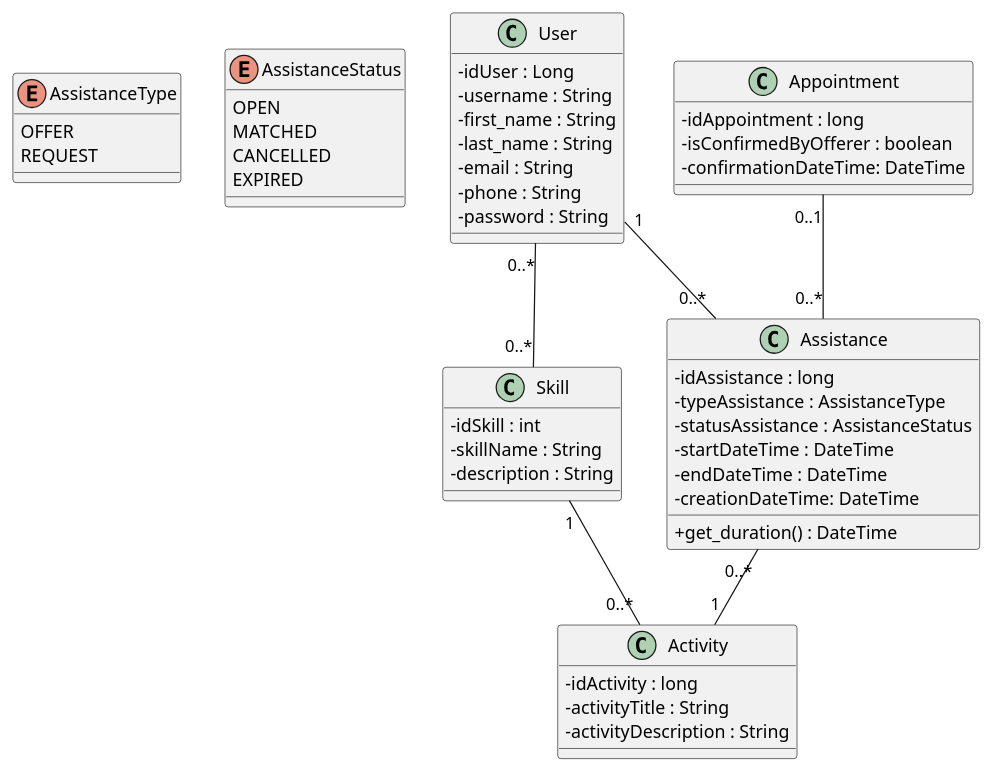
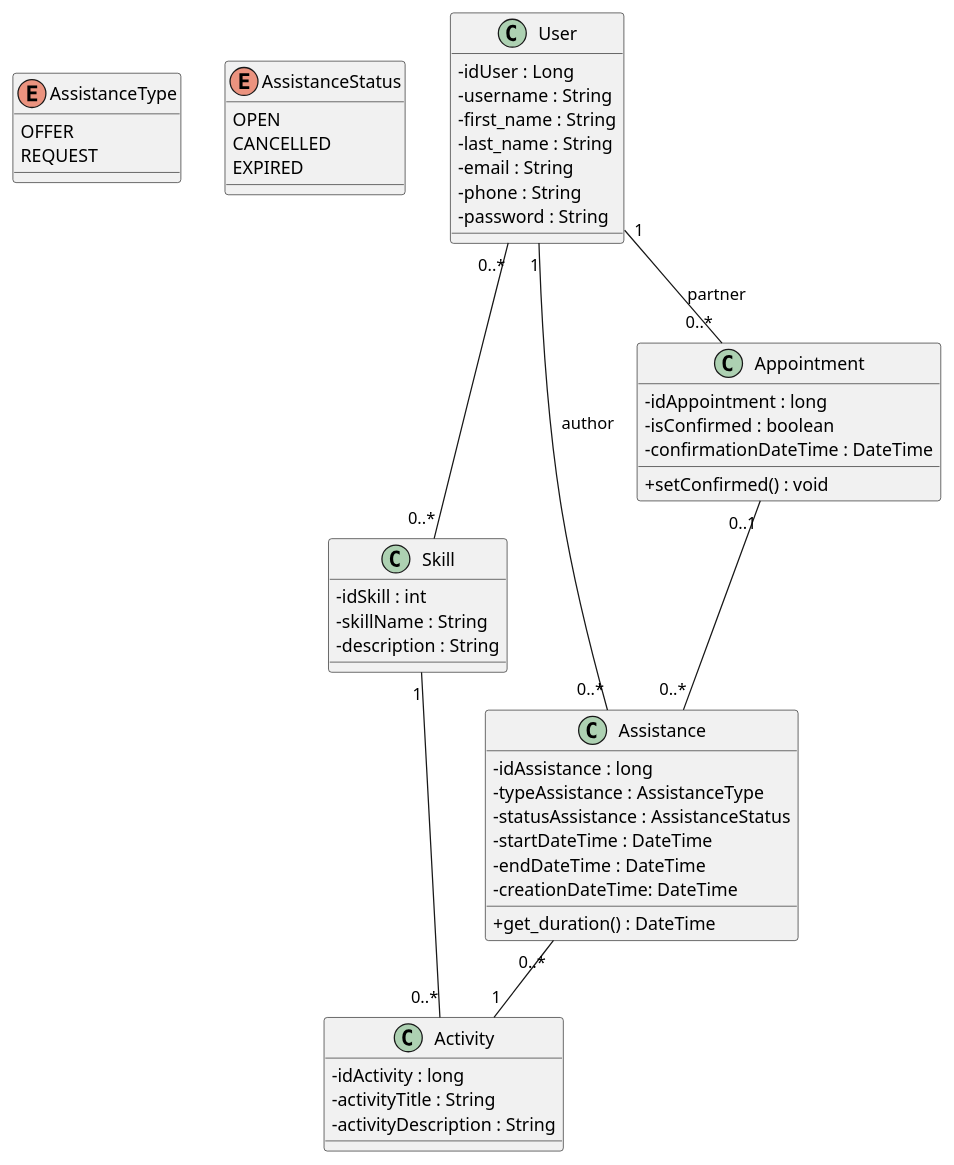
Before and after one commit to albanmartel/SkillsExchange: the diagram in Modelisation/02_CLASS_DIAGRAM/02_Class_Digram.puml, drawn with PlantUML.

Commit message:
UPDATE '02_Class_Digram.puml' 1. ajout d'une liaison entre l'utilisateur et appointment pour qu'il y ait 2 personnes dans appointments. 2. ajout d'une méthode pour confirmer le rendez-vous.

```diff
--- a/Modelisation/02_CLASS_DIAGRAM/02_Class_Digram.puml
+++ b/Modelisation/02_CLASS_DIAGRAM/02_Class_Digram.puml
@@ -1,60 +1,61 @@
 @startuml
 skinparam classAttributeIconSize 0
 
 enum AssistanceType {
   OFFER
   REQUEST
 }
 
 enum AssistanceStatus {
   OPEN
-  MATCHED
   CANCELLED
   EXPIRED
 }
 
 class User {
   - idUser : Long
   - username : String
   - first_name : String
   - last_name : String
   - email : String
   - phone : String
   - password : String
 }
 
 class Skill {
   - idSkill : int
   - skillName : String
   - description : String
 }
 
 class Activity {
   - idActivity : long
   - activityTitle : String
   - activityDescription : String
 }
 
 class Assistance {
   - idAssistance : long
   - typeAssistance : AssistanceType
   - statusAssistance : AssistanceStatus
   - startDateTime : DateTime
   - endDateTime : DateTime
   - creationDateTime: DateTime
   + get_duration() : DateTime
 }
 
 class Appointment{
-  - idAppointment : long
-  - isConfirmedByOfferer : boolean
-  - confirmationDateTime: DateTime
+- idAppointment : long
+  - isConfirmed : boolean
+  - confirmationDateTime : DateTime
+  + setConfirmed() : void
 }
 
 User "0..*" -- "0..*" Skill
 Skill "1" -- "0..*" Activity
-User "1" -- "0..*" Assistance
 Assistance "0..*" -- "1" Activity
+User "1" -- "0..*" Assistance : author
+User "1" -- "0..*" Appointment : partner
 Appointment "0..1" -- "0..*" Assistance
 
 @enduml
```
